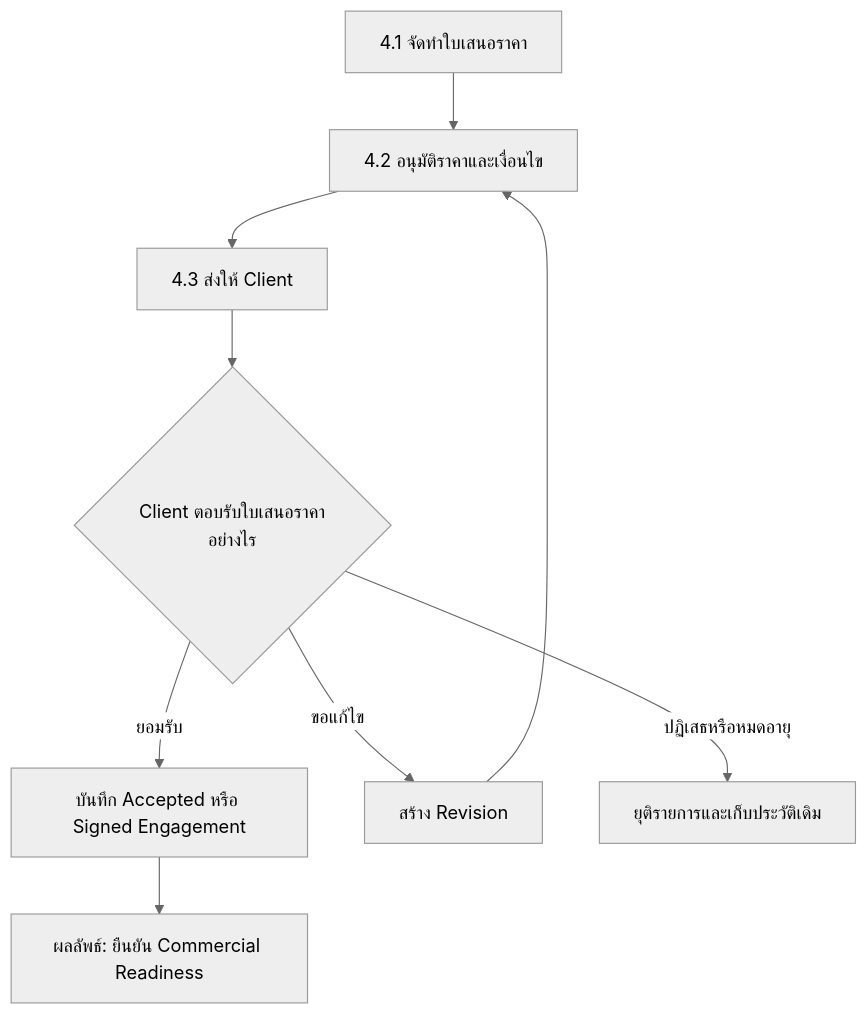
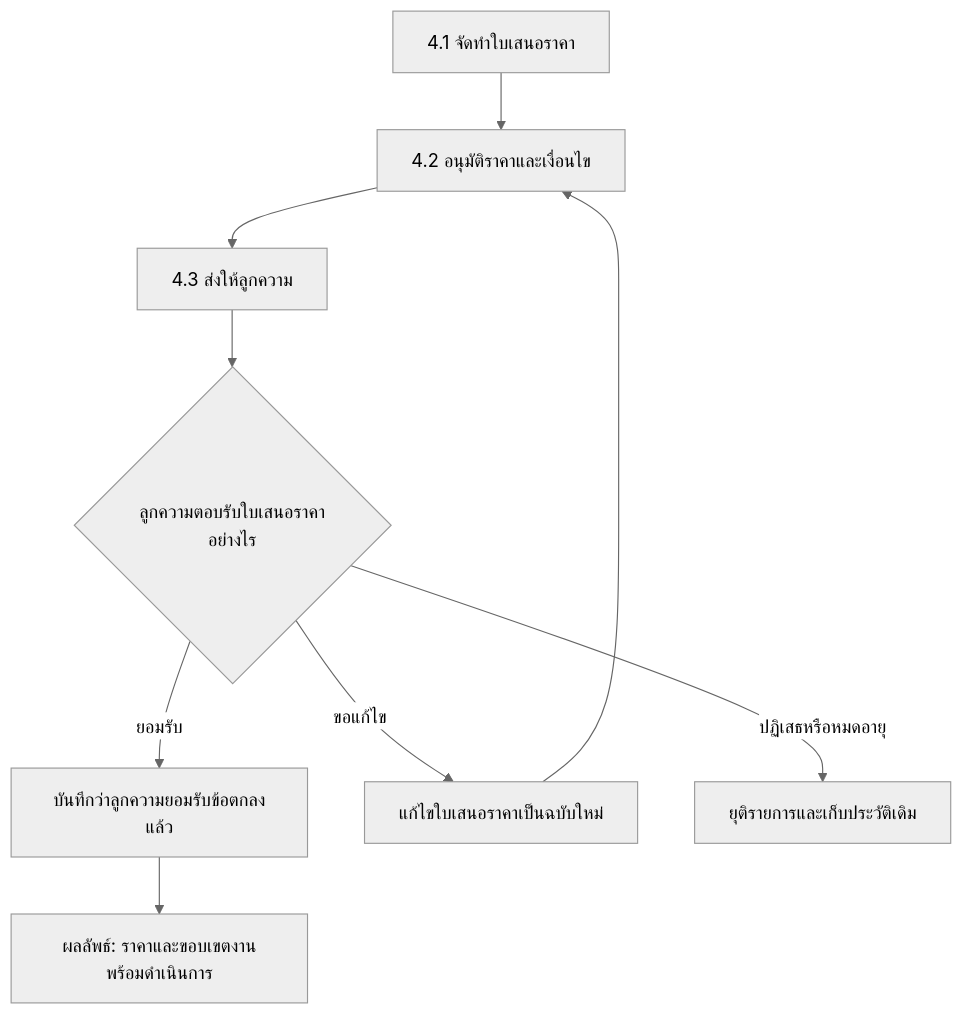
The fourth of 7 diagrams in docs/app/docs/workflow/page.mdx (yukasung/legal_erp_docs), drawn with Mermaid (neutral theme) before and after one commit. The commit also changed other lines of this file, not shown here.

````diff
--- a/docs/app/docs/workflow/page.mdx
+++ b/docs/app/docs/workflow/page.mdx
@@ -107,11 +135,11 @@
 ```mermaid
 flowchart TD
   A["4.1 จัดทำใบเสนอราคา"] --> B["4.2 อนุมัติราคาและเงื่อนไข"]
-  B --> C["4.3 ส่งให้ Client"]
-  C --> D{"Client ตอบรับใบเสนอราคาอย่างไร"}
-  D -->|ยอมรับ| E["บันทึก Accepted หรือ Signed Engagement"]
-  D -->|ขอแก้ไข| F["สร้าง Revision"]
+  B --> C["4.3 ส่งให้ลูกความ"]
+  C --> D{"ลูกความตอบรับใบเสนอราคาอย่างไร"}
+  D -->|ยอมรับ| E["บันทึกว่าลูกความยอมรับข้อตกลงแล้ว"]
+  D -->|ขอแก้ไข| F["แก้ไขใบเสนอราคาเป็นฉบับใหม่"]
   F --> B
   D -->|ปฏิเสธหรือหมดอายุ| G["ยุติรายการและเก็บประวัติเดิม"]
-  E --> R["ผลลัพธ์: ยืนยัน Commercial Readiness"]
+  E --> R["ผลลัพธ์: ราคาและขอบเขตงานพร้อมดำเนินการ"]
 ```
````
